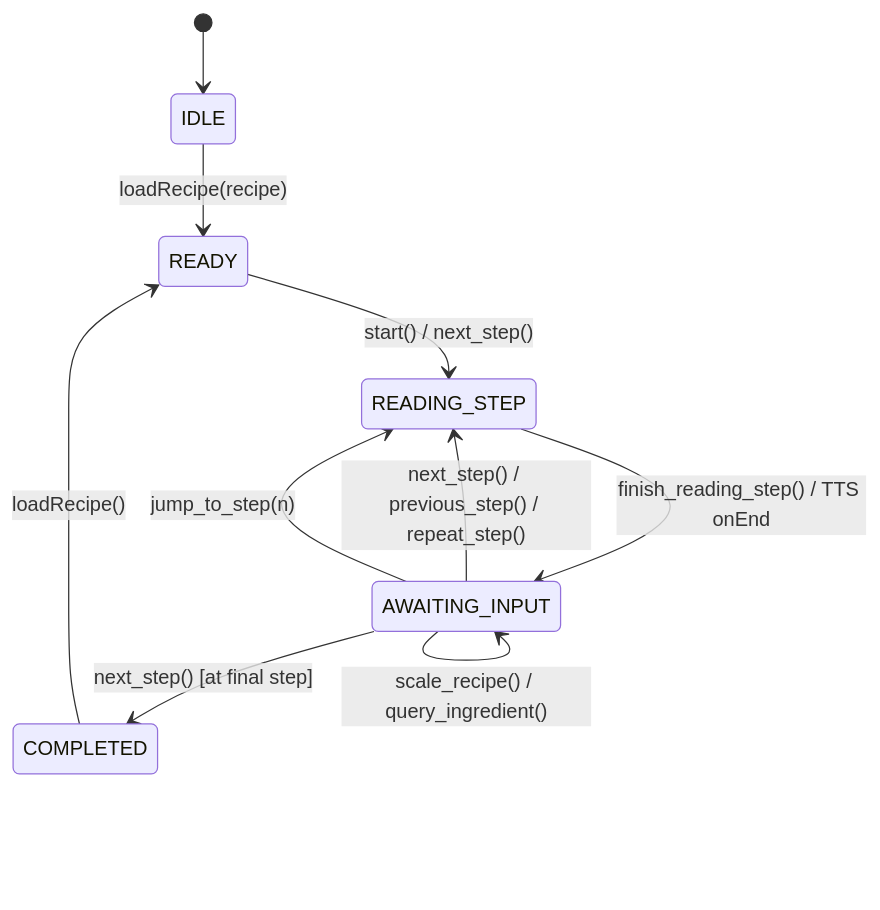
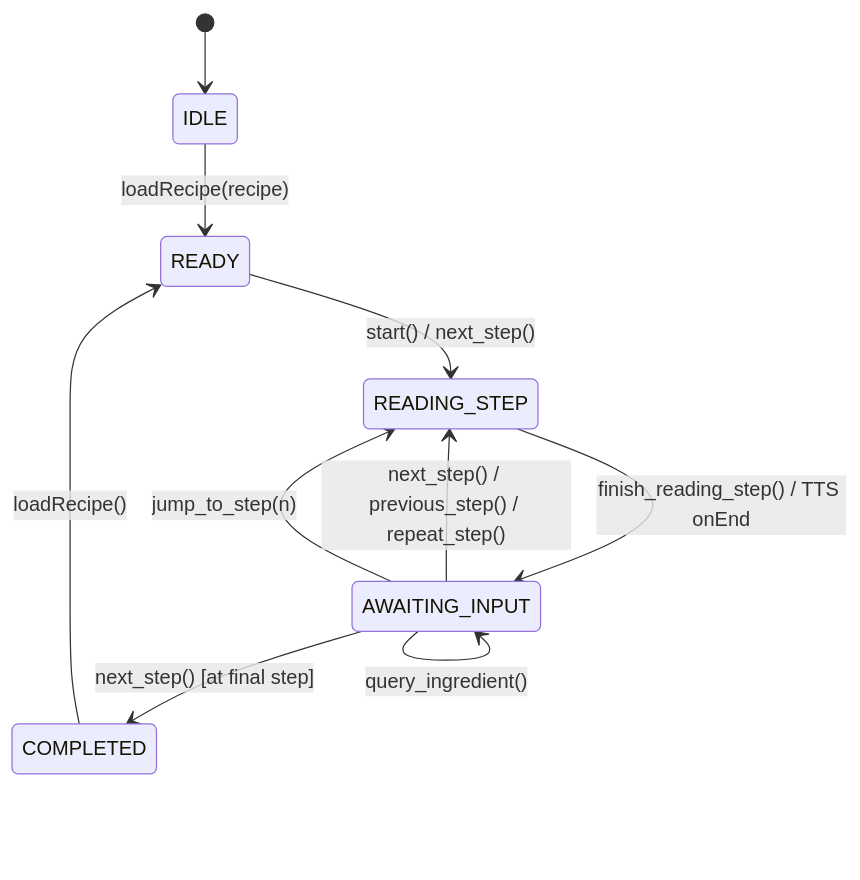
Before and after one commit to jds0uza/recipe-reader: the second of 2 diagrams in README.md, drawn with Mermaid. The commit also changed other lines of this file and 13 other files, not shown here.

````diff
--- a/README.md
+++ b/README.md
@@ -58,12 +55,12 @@
 ```mermaid
 stateDiagram-v2
     [*] --> IDLE
     IDLE --> READY: loadRecipe(recipe)
     READY --> READING_STEP: start() / next_step()
     READING_STEP --> AWAITING_INPUT: finish_reading_step() / TTS onEnd
     AWAITING_INPUT --> READING_STEP: next_step() / previous_step() / repeat_step()
     AWAITING_INPUT --> READING_STEP: jump_to_step(n)
-    AWAITING_INPUT --> AWAITING_INPUT: scale_recipe() / query_ingredient()
+    AWAITING_INPUT --> AWAITING_INPUT: query_ingredient()
     AWAITING_INPUT --> COMPLETED: next_step() [at final step]
     COMPLETED --> READY: loadRecipe()
 ```
````
